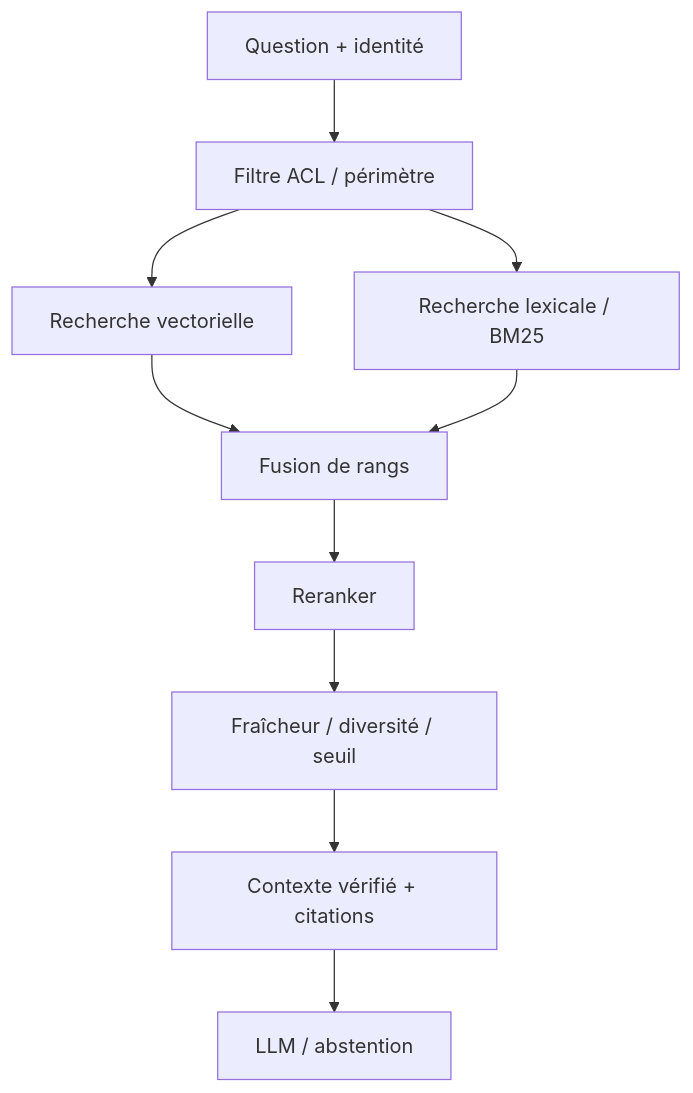
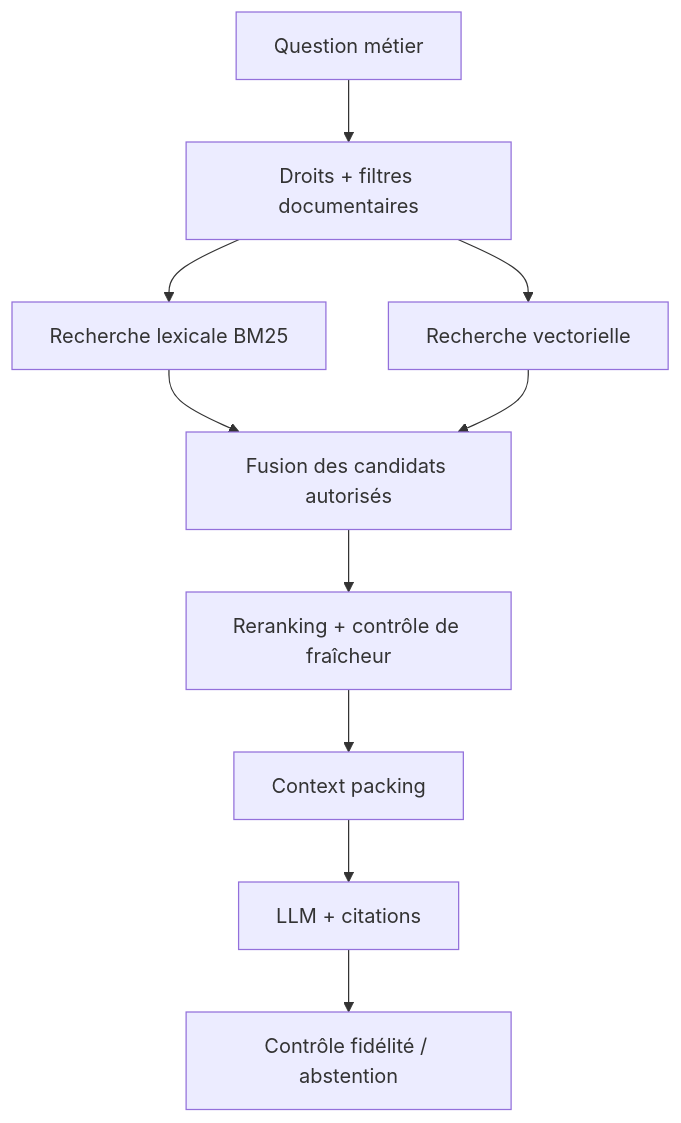
The first of 2 diagrams in 08-ai-architecture-patterns/02-advanced-rag/README.md (zdmooc/enterprise-architecture-patterns-handbook), drawn with Mermaid before and after one commit. The commit also changed other lines of this file and 4 other files, not shown here.

````diff
--- a/08-ai-architecture-patterns/02-advanced-rag/README.md
+++ b/08-ai-architecture-patterns/02-advanced-rag/README.md
@@ -17,12 +13,12 @@
-```mermaid
+~~~mermaid
 flowchart TB
- Q["Question + identité"] --> AUTH["Filtre ACL / périmètre"]
- AUTH --> S["Recherche vectorielle"]
- AUTH --> K["Recherche lexicale / BM25"]
- S --> MERGE["Fusion de rangs"]
- K --> MERGE
- MERGE --> RR["Reranker"]
- RR --> FILT["Fraîcheur / diversité / seuil"]
- FILT --> CTX["Contexte vérifié + citations"]
- CTX --> L["LLM / abstention"]
-```
+ Q["Question métier"] --> SEC["Droits + filtres documentaires"]
+ SEC --> L["Recherche lexicale BM25"]
+ SEC --> V["Recherche vectorielle"]
+ L --> MERGE["Fusion des candidats autorisés"]
+ V --> MERGE
+ MERGE --> RE["Reranking + contrôle de fraîcheur"]
+ RE --> C["Context packing"]
+ C --> G["LLM + citations"]
+ G --> CHECK["Contrôle fidélité / abstention"]
+~~~
````
